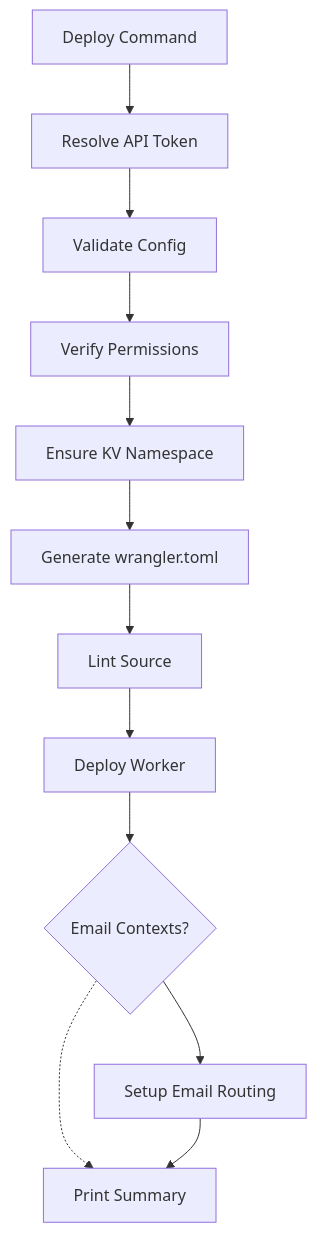
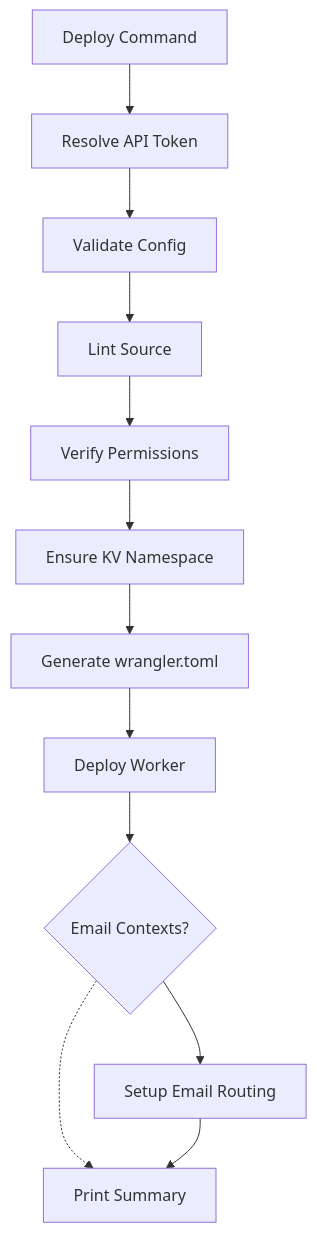
Before and after one commit to cbnventures/ntfy-reverse-proxy: the diagram in apps/docs/docs/getting-started/deployment.mdx, drawn with Mermaid. The commit also changed other lines of this file and 209 other files, not shown here.

Commit message:
Nova 0.24.0 upgrade, error_events context setting, deploy lint and Seerr/Statuspage null-field fixes, Cloudflare dependency updates, and dev server cache cleanup

````diff
--- a/apps/docs/docs/getting-started/deployment.mdx
+++ b/apps/docs/docs/getting-started/deployment.mdx
@@ -30,14 +32,14 @@
 ```mermaid
 flowchart TD
     Start[Deploy Command] --> ResolveToken[Resolve API Token]
     ResolveToken --> Validate[Validate Config]
-    Validate --> Verify[Verify Permissions]
+    Validate --> Lint[Lint Source]
+    Lint --> Verify[Verify Permissions]
     Verify --> KV[Ensure KV Namespace]
     KV --> Generate[Generate wrangler.toml]
-    Generate --> Lint[Lint Source]
-    Lint --> DeployWorker[Deploy Worker]
+    Generate --> DeployWorker[Deploy Worker]
     DeployWorker --> EmailCheck{Email Contexts?}
     EmailCheck --> SetupEmail[Setup Email Routing]
     EmailCheck -.-> Summary
     SetupEmail --> Summary[Print Summary]
 ```
````
